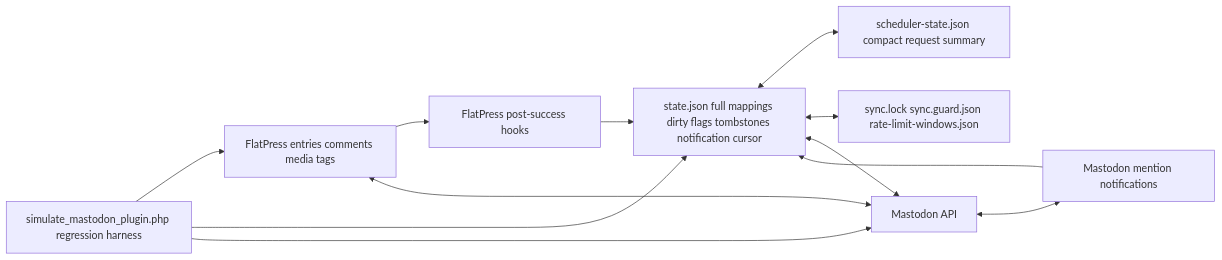
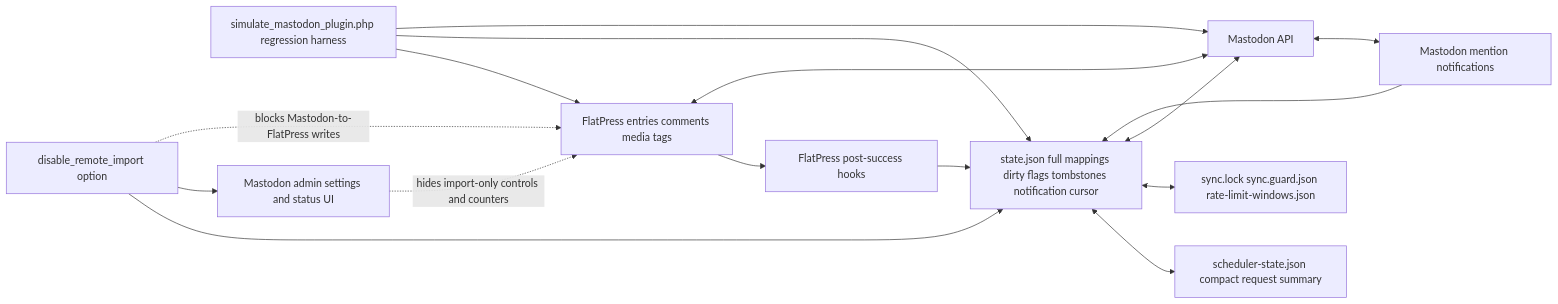
The diagram in fp-plugins/mastodon/developer-docs/00-Mental-Model.md (flatpressblog/flatpress), drawn with Mermaid before and after one commit. The commit also changed other lines of this file and 26 other files, not shown here.

First line of the commit message:
Matodon update to version 2.6.0 | optional one-way mode

````diff
--- a/fp-plugins/mastodon/developer-docs/00-Mental-Model.md
+++ b/fp-plugins/mastodon/developer-docs/00-Mental-Model.md
@@ -21,23 +23,29 @@
 ```mermaid
 flowchart LR
     FP[FlatPress entries comments media tags]
     Hooks[FlatPress post-success hooks]
     State[state.json full mappings dirty flags tombstones notification cursor]
     Scheduler[scheduler-state.json compact request summary]
     Guards[sync.lock sync.guard.json rate-limit-windows.json]
     Notifications[Mastodon mention notifications]
     API[Mastodon API]
     Sim[simulate_mastodon_plugin.php regression harness]
+    AdminUI[Mastodon admin settings and status UI]
 
     FP --> Hooks
     Hooks --> State
     State <--> Scheduler
     State <--> Guards
     State <--> API
     API <--> Notifications
     Notifications --> State
+    OneWay[disable_remote_import option]
     API <--> FP
+    OneWay --> State
+    OneWay --> AdminUI
+    OneWay -. blocks Mastodon-to-FlatPress writes .-> FP
+    AdminUI -. hides import-only controls and counters .-> FP
     Sim --> FP
     Sim --> State
     Sim --> API
 ```
````
